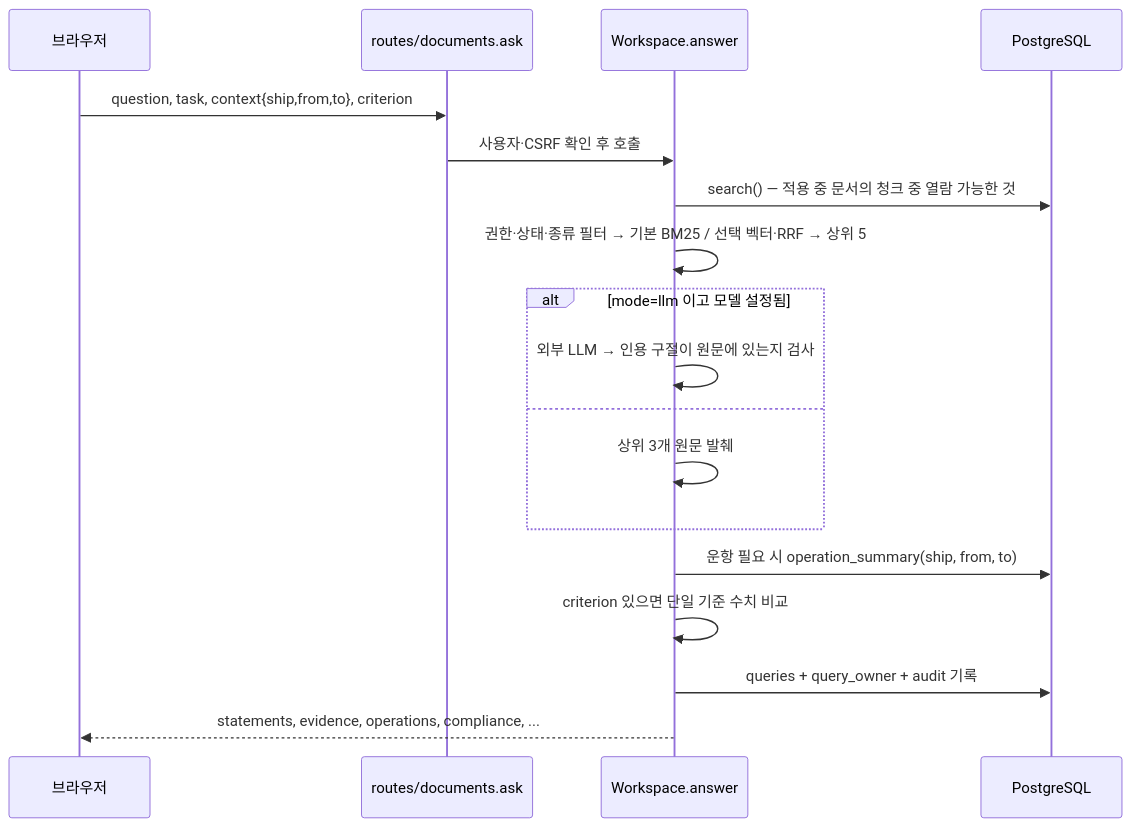
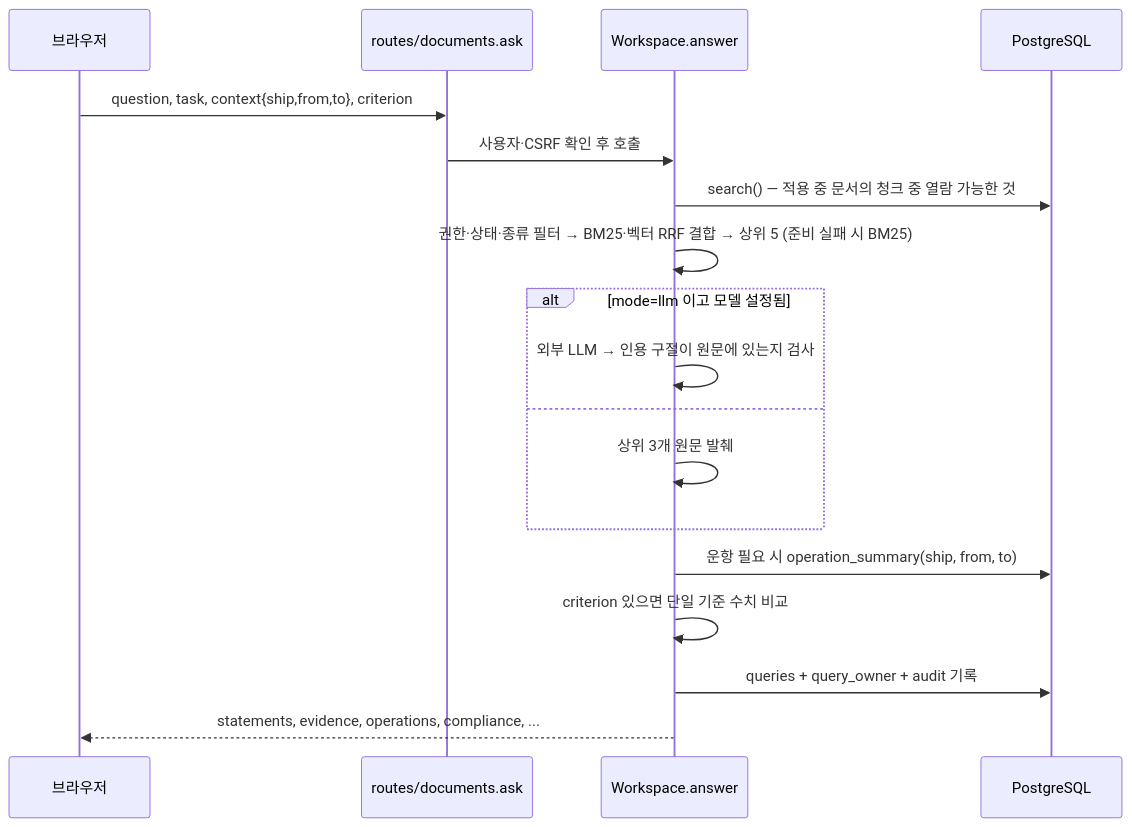
The second of 4 diagrams in docs/architecture.md (aaa99900/sea-the-answer), drawn with Mermaid before and after one commit. The commit also changed other lines of this file and 16 other files, not shown here.

````diff
--- a/docs/architecture.md
+++ b/docs/architecture.md
@@ -92,20 +92,20 @@
 ```mermaid
 sequenceDiagram
   participant UI as 브라우저
   participant API as routes/documents.ask
   participant WS as Workspace.answer
   participant DB as PostgreSQL
   UI->>API: question, task, context{ship,from,to}, criterion
   API->>WS: 사용자·CSRF 확인 후 호출
   WS->>DB: search() — 적용 중 문서의 청크 중 열람 가능한 것
-  WS->>WS: 권한·상태·종류 필터 → 기본 BM25 / 선택 벡터·RRF → 상위 5
+  WS->>WS: 권한·상태·종류 필터 → BM25·벡터 RRF 결합 → 상위 5 (준비 실패 시 BM25)
   alt mode=llm 이고 모델 설정됨
     WS->>WS: 외부 LLM → 인용 구절이 원문에 있는지 검사
   else
     WS->>WS: 상위 3개 원문 발췌
   end
   WS->>DB: 운항 필요 시 operation_summary(ship, from, to)
   WS->>WS: criterion 있으면 단일 기준 수치 비교
   WS->>DB: queries + query_owner + audit 기록
   WS-->>UI: statements, evidence, operations, compliance, ...
 ```
````
